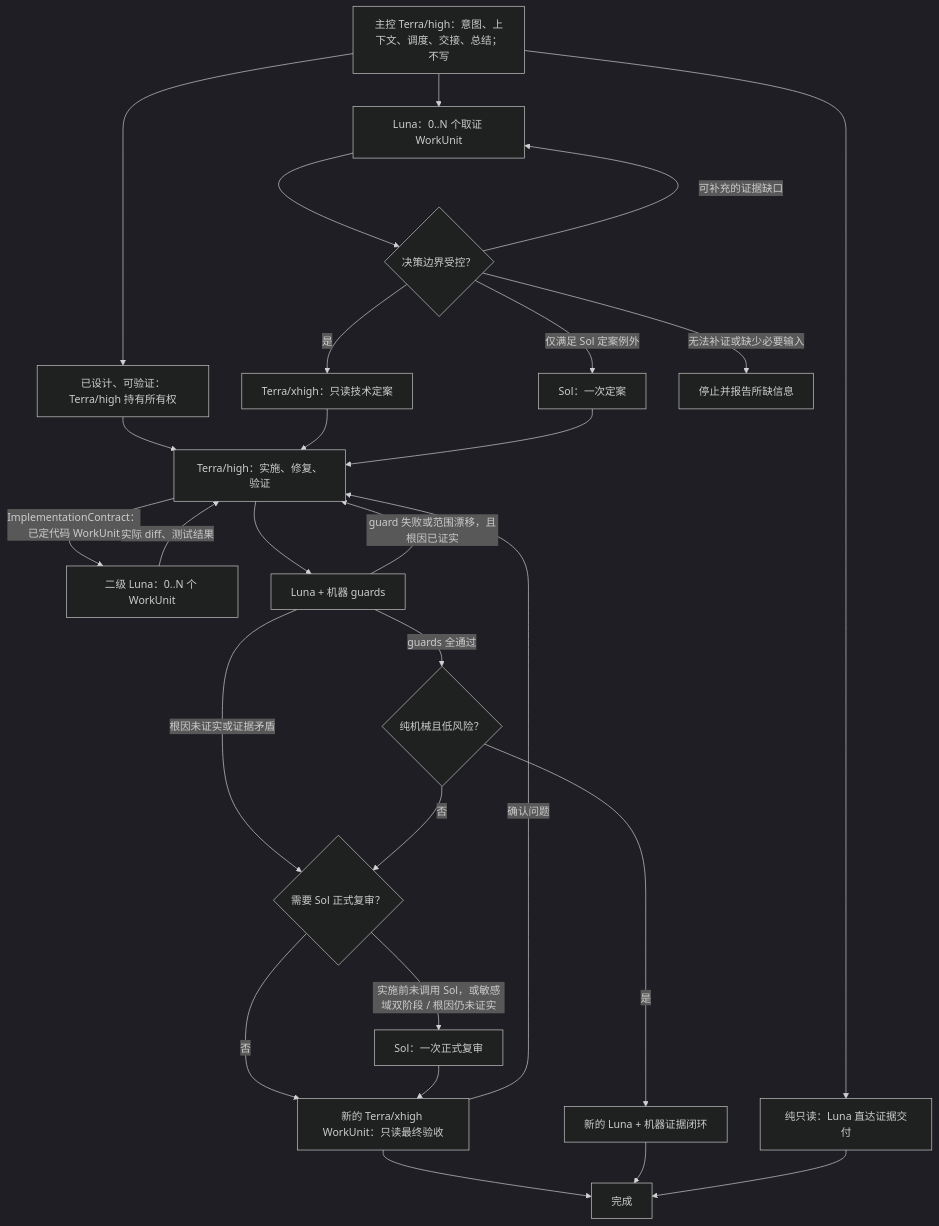
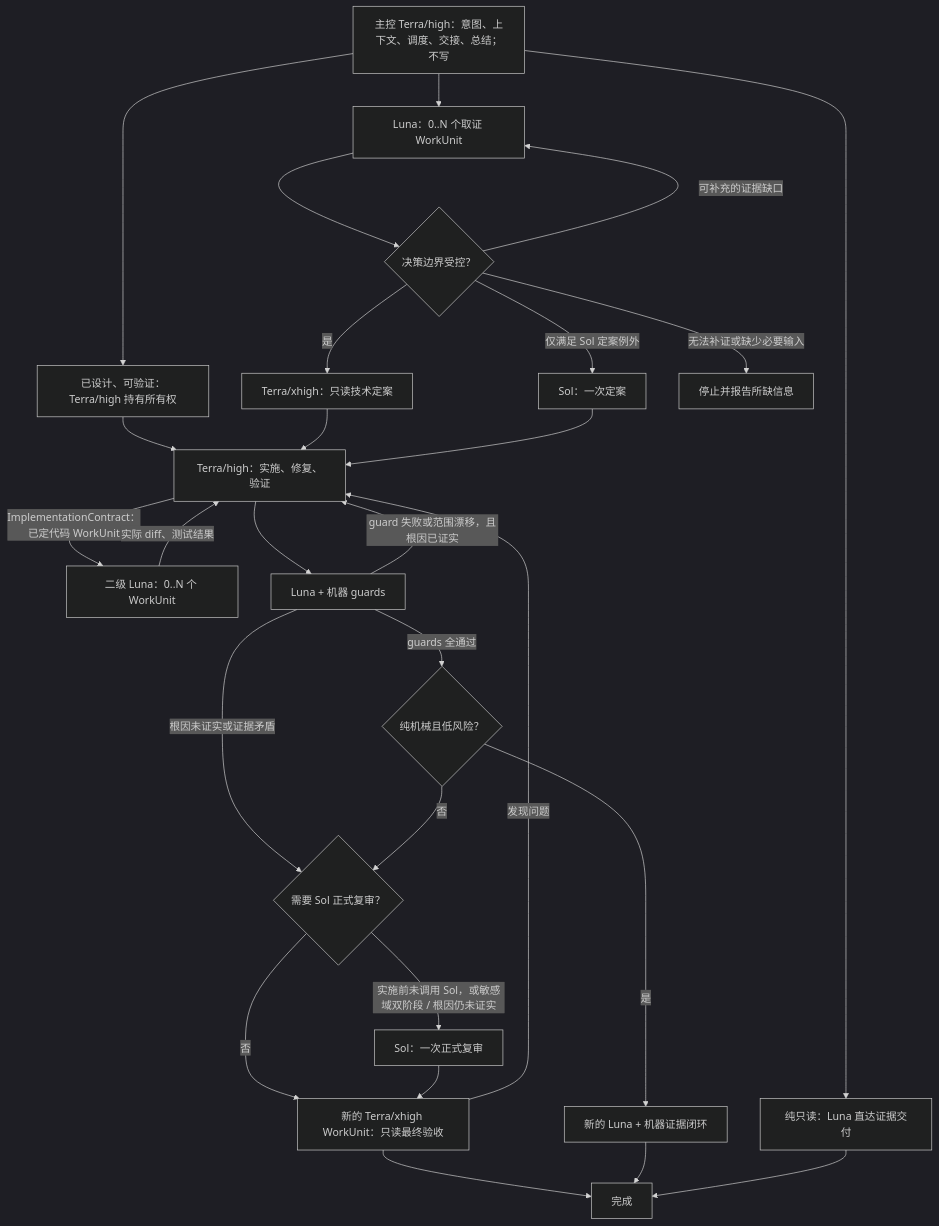
One commit to huanmin123/ai-vibecode-superpower changed the diagram in README.md. Above: the diagram before and after it, drawn with Mermaid (dark theme). The commit also changed other lines of this file and 11 other files, not shown here.

````diff
--- a/README.md
+++ b/README.md
@@ -28,30 +28,30 @@
 ```mermaid
 flowchart TD
     C["主控 Terra/high：意图、上下文、调度、交接、总结；不写"]
     C --> RO["纯只读：Luna 直达证据交付"]
     C --> M["已设计、可验证：Terra/high 持有所有权"]
     C --> L["Luna：0..N 个取证 WorkUnit"]
     L --> R{"决策边界受控？"}
     R -->|"是"| T["Terra/xhigh：只读技术定案"]
     R -->|"仅满足 Sol 定案例外"| SD["Sol：一次定案"]
     R -->|"可补充的证据缺口"| L
     R -->|"无法补证或缺少必要输入"| STOP["停止并报告所缺信息"]
     M --> H["Terra/high：实施、修复、验证"]
     T --> H
     SD --> H
     H -->|"ImplementationContract：已定代码 WorkUnit"| W["二级 Luna：0..N 个 WorkUnit"]
     W -->|"实际 diff、测试结果"| H
     H --> P["Luna + 机器 guards"]
     P -->|"guard 失败或范围漂移，且根因已证实"| H
     P -->|"根因未证实或证据矛盾"| V{"需要 Sol 正式复审？"}
     P -->|"guards 全通过"| Q{"纯机械且低风险？"}
     Q -->|"是"| LA["新的 Luna + 机器证据闭环"]
     Q -->|"否"| V
     V -->|"实施前未调用 Sol，或敏感域双阶段 / 根因仍未证实"| SR["Sol：一次正式复审"]
     V -->|"否"| F["新的 Terra/xhigh WorkUnit：只读最终验收"]
     SR --> F
-    F -->|"确认问题"| H
+    F -->|"发现问题"| H
     F --> D["完成"]
     LA --> D
     RO --> D
 ```
````
